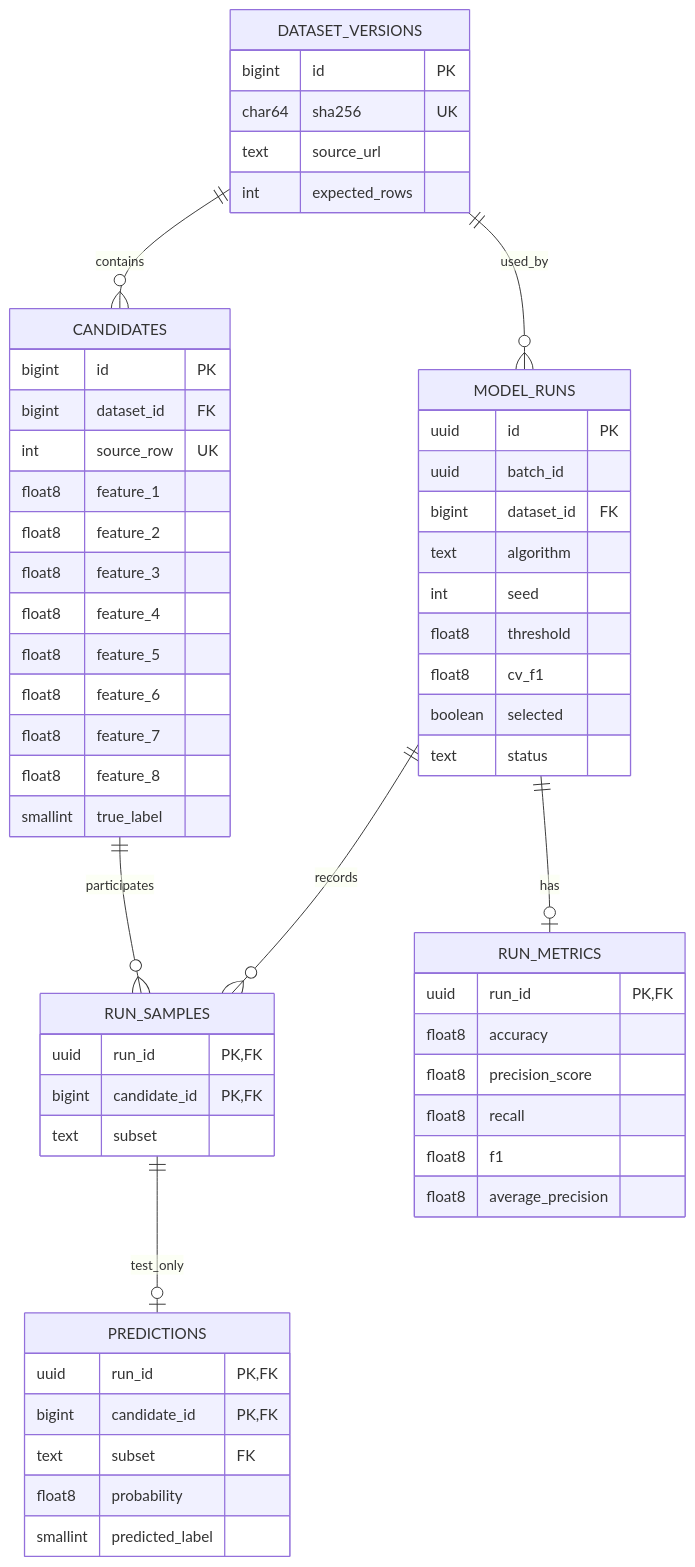
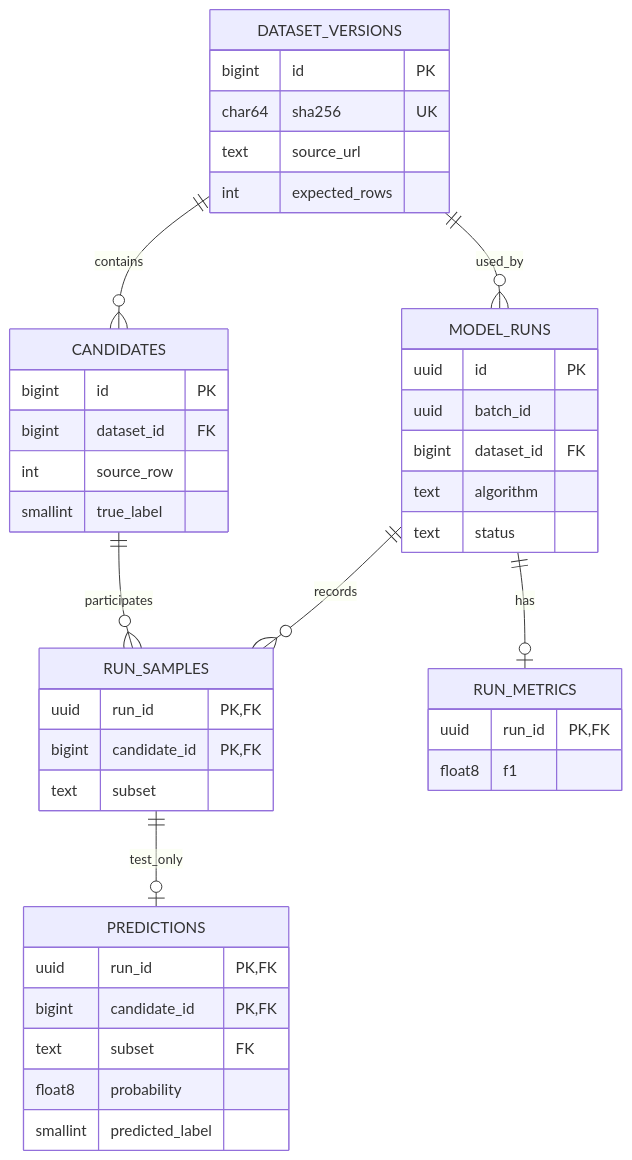
One commit to 230408011-debug/applyassigment changed the diagram in docs/schema.mmd. Above: the diagram before and after it, drawn with Mermaid. The commit also changed 19 other files, not shown here.

Commit message:
Prepare measured technical report article draft defence guide and rendered diagrams

```diff
--- a/docs/schema.mmd
+++ b/docs/schema.mmd
@@ -1,59 +1,43 @@
 erDiagram
     direction TB
     DATASET_VERSIONS ||--o{ CANDIDATES : contains
     DATASET_VERSIONS ||--o{ MODEL_RUNS : used_by
     MODEL_RUNS ||--o{ RUN_SAMPLES : records
     CANDIDATES ||--o{ RUN_SAMPLES : participates
     MODEL_RUNS ||--o| RUN_METRICS : has
     RUN_SAMPLES ||--o| PREDICTIONS : test_only
     DATASET_VERSIONS {
         bigint id PK
         char64 sha256 UK
         text source_url
         int expected_rows
     }
     CANDIDATES {
         bigint id PK
         bigint dataset_id FK
-        int source_row UK
-        float8 feature_1
-        float8 feature_2
-        float8 feature_3
-        float8 feature_4
-        float8 feature_5
-        float8 feature_6
-        float8 feature_7
-        float8 feature_8
+        int source_row
         smallint true_label
     }
     MODEL_RUNS {
         uuid id PK
         uuid batch_id
         bigint dataset_id FK
         text algorithm
-        int seed
-        float8 threshold
-        float8 cv_f1
-        boolean selected
         text status
     }
     RUN_SAMPLES {
         uuid run_id PK,FK
         bigint candidate_id PK,FK
         text subset
     }
     RUN_METRICS {
         uuid run_id PK,FK
-        float8 accuracy
-        float8 precision_score
-        float8 recall
         float8 f1
-        float8 average_precision
     }
     PREDICTIONS {
         uuid run_id PK,FK
         bigint candidate_id PK,FK
         text subset FK
         float8 probability
         smallint predicted_label
     }
```
